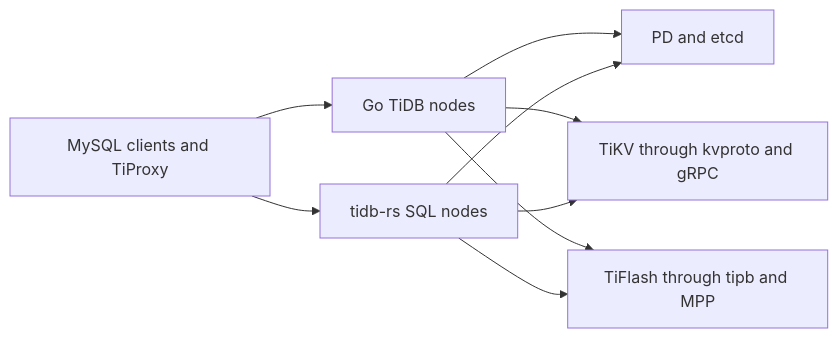
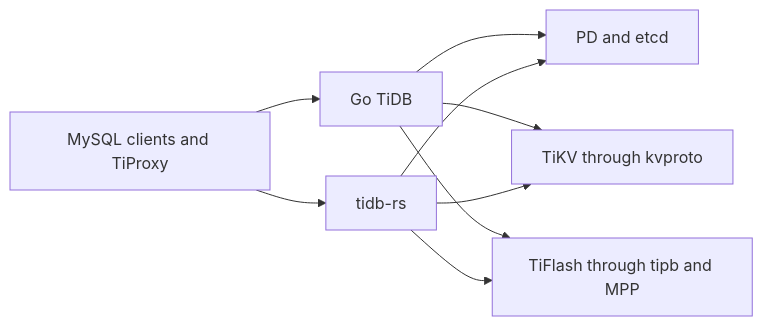
One commit to pingcap/tidb changed the diagram in docs/design/2026-07-11-tidb-rust-rewrite.md. Above: the diagram before and after it, drawn with Mermaid. The commit also changed other lines of this file and 36 other files, not shown here.

````diff
--- a/docs/design/2026-07-11-tidb-rust-rewrite.md
+++ b/docs/design/2026-07-11-tidb-rust-rewrite.md
@@ -81,11 +22,11 @@
 ```mermaid
 flowchart LR
-    C["MySQL clients and TiProxy"] --> G["Go TiDB nodes"]
-    C --> R["tidb-rs SQL nodes"]
+    C["MySQL clients and TiProxy"] --> G["Go TiDB"]
+    C --> R["tidb-rs"]
     G --> PD["PD and etcd"]
     R --> PD
-    G --> KV["TiKV through kvproto and gRPC"]
+    G --> KV["TiKV through kvproto"]
     R --> KV
     G --> TF["TiFlash through tipb and MPP"]
     R --> TF
 ```
````
